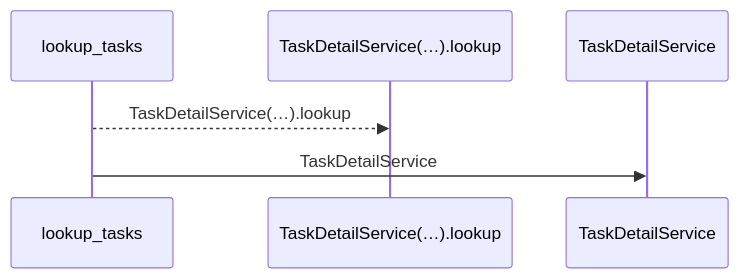
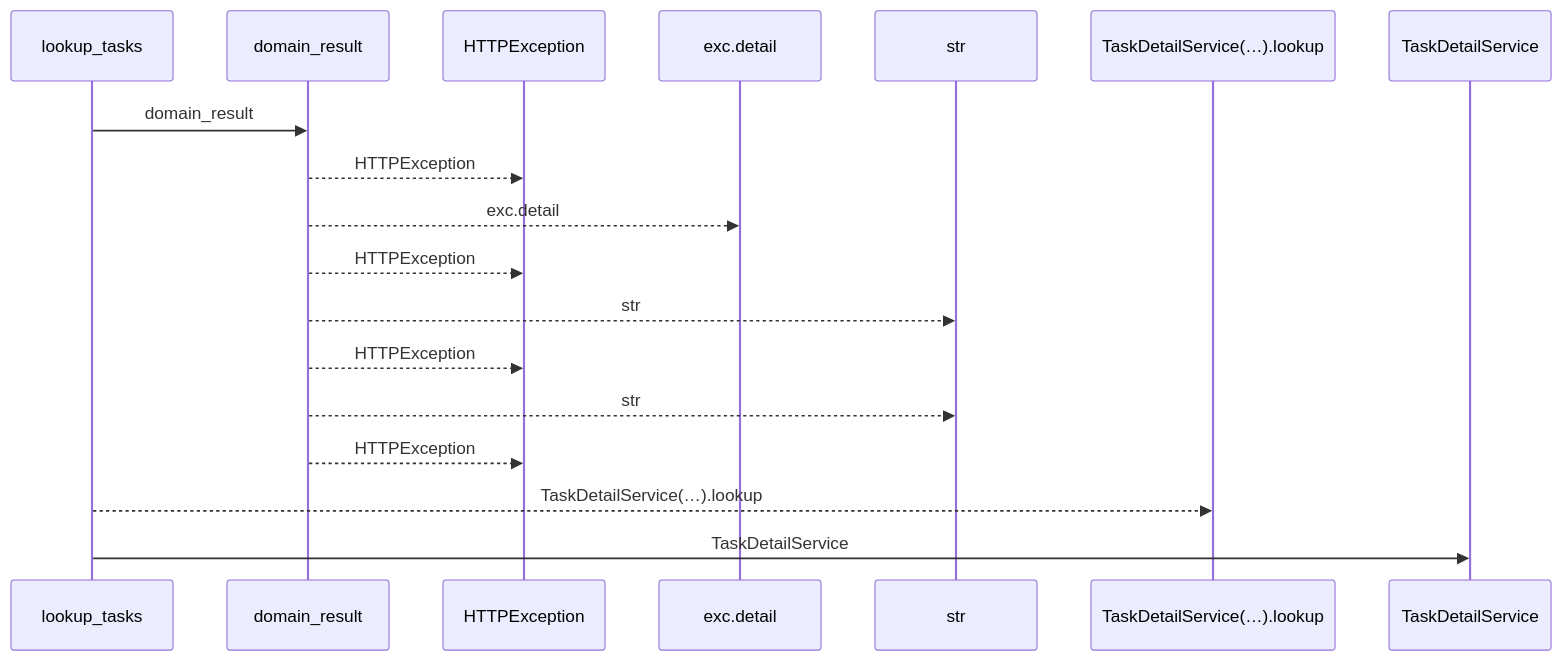
Before and after one commit to Denissvgn/WorkChord: the first of 2 diagrams in docs/llm_wiki/flows/http-lookup_tasks.md, drawn with Mermaid. The commit also changed other lines of this file and 2509 other files, not shown here.

````diff
--- a/docs/llm_wiki/flows/http-lookup_tasks.md
+++ b/docs/llm_wiki/flows/http-lookup_tasks.md
@@ -10,8 +10,20 @@
 ```mermaid
 sequenceDiagram
     participant p0 as lookup_tasks
-    participant p1 as TaskDetailService(…).lookup
-    participant p2 as TaskDetailService
-    p0-->>p1: TaskDetailService(…).lookup
-    p0->>p2: TaskDetailService
+    participant p1 as domain_result
+    participant p2 as HTTPException
+    participant p3 as exc.detail
+    participant p4 as str
+    participant p5 as TaskDetailService(…).lookup
+    participant p6 as TaskDetailService
+    p0->>p1: domain_result
+    p1-->>p2: HTTPException
+    p1-->>p3: exc.detail
+    p1-->>p2: HTTPException
+    p1-->>p4: str
+    p1-->>p2: HTTPException
+    p1-->>p4: str
+    p1-->>p2: HTTPException
+    p0-->>p5: TaskDetailService(…).lookup
+    p0->>p6: TaskDetailService
 ```
````
